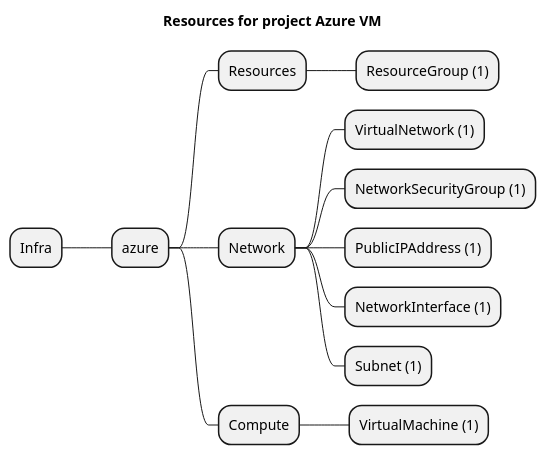
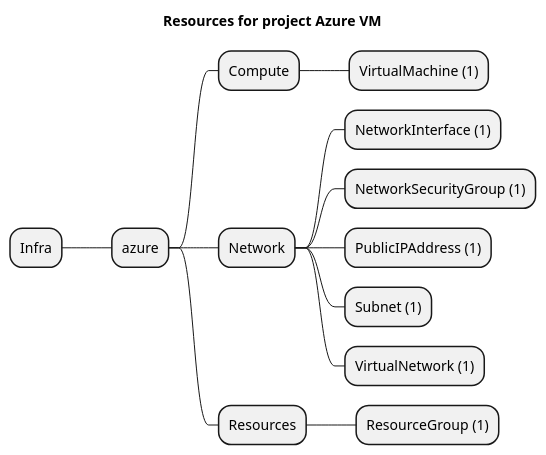
The diagram in examples/azure/vm/artifacts/resources-mindmap.puml (grucloud/grucloud), drawn with PlantUML before and after one commit. The commit also changed other lines of this file and 55 other files, not shown here.

```diff
--- a/examples/azure/vm/artifacts/resources-mindmap.puml
+++ b/examples/azure/vm/artifacts/resources-mindmap.puml
@@ -1,16 +1,16 @@
 @startmindmap
 title Resources for project Azure VM
 skinparam monochrome true
 + Infra
 ++ azure
++++ Compute
+++++ VirtualMachine (1)
++++ Network
+++++ NetworkInterface (1)
+++++ NetworkSecurityGroup (1)
+++++ PublicIPAddress (1)
+++++ Subnet (1)
+++++ VirtualNetwork (1)
 +++ Resources
 ++++ ResourceGroup (1)
-+++ Network
-++++ VirtualNetwork (1)
-++++ NetworkSecurityGroup (1)
-++++ PublicIPAddress (1)
-++++ NetworkInterface (1)
-++++ Subnet (1)
-+++ Compute
-++++ VirtualMachine (1)
 @endmindmap
```
